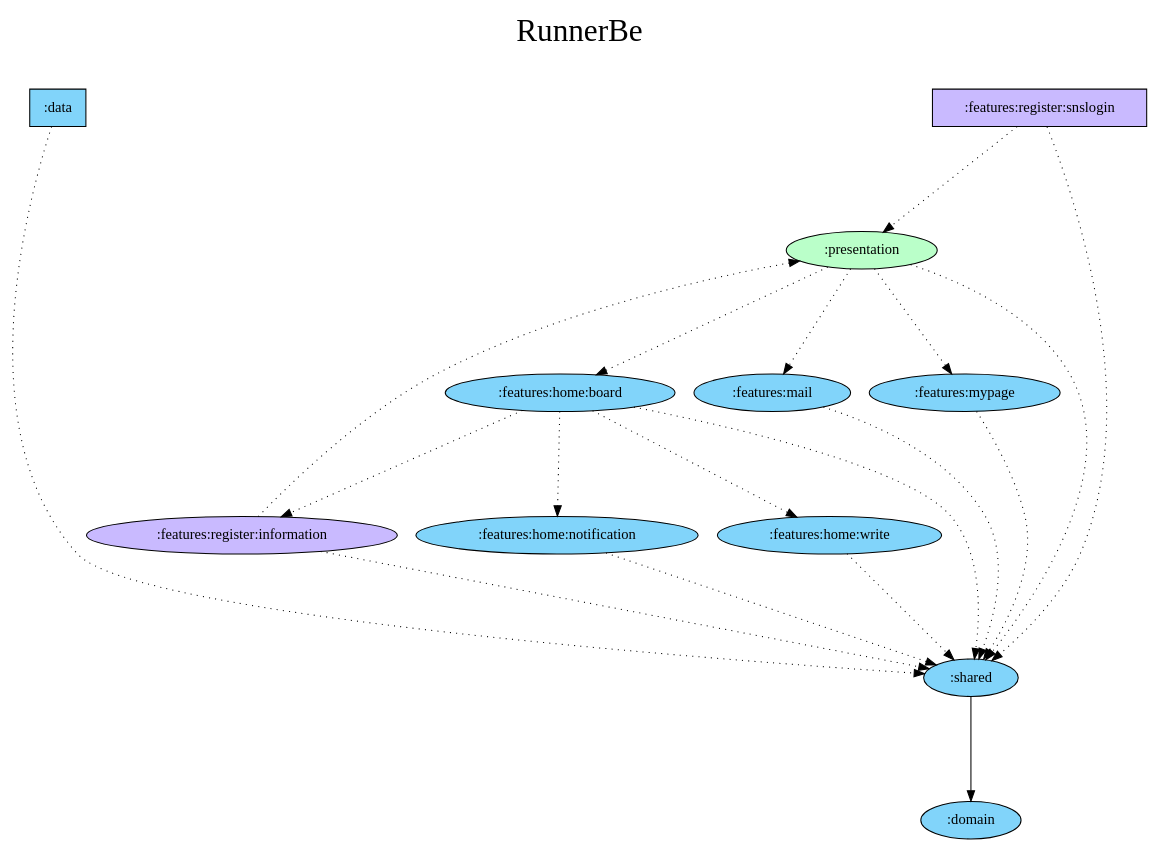
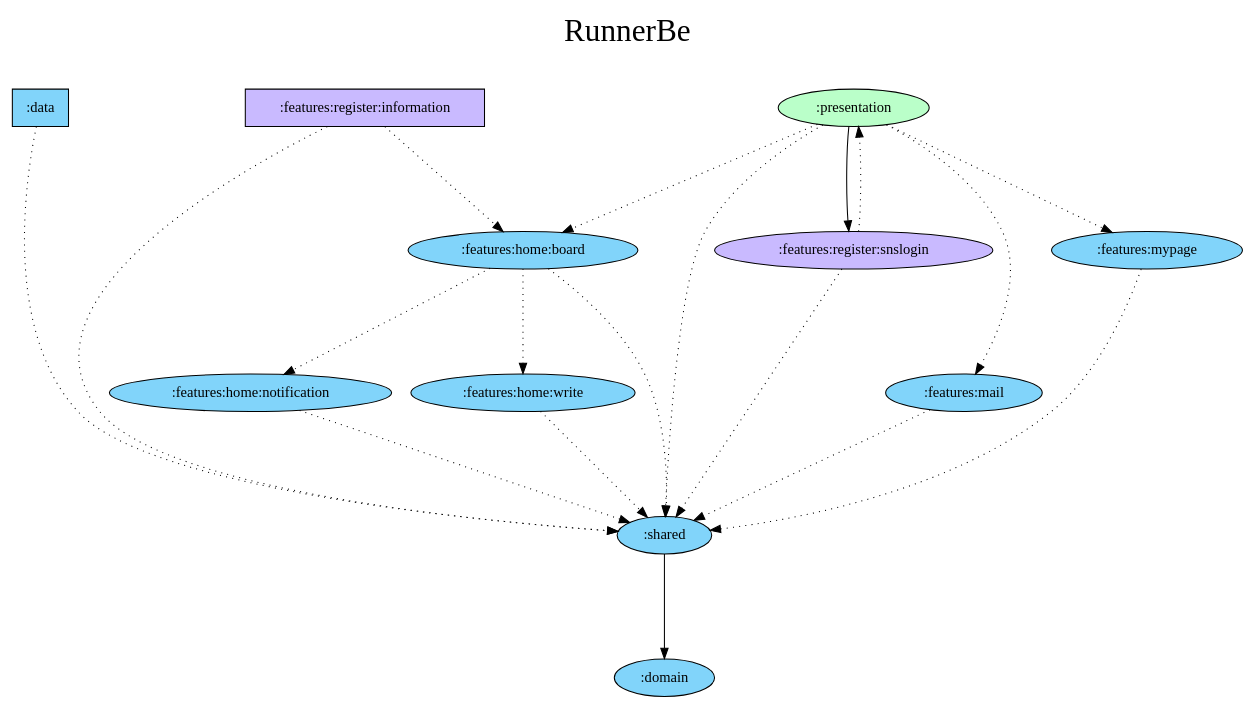
The diagram in art/project-graph.dot (jisungbin/RunnerBe-Android), drawn with Graphviz before and after one commit. The commit also changed 8 other files, not shown here.

```diff
--- a/art/project-graph.dot
+++ b/art/project-graph.dot
@@ -1,42 +1,42 @@
 digraph {
   graph [label="RunnerBe\n ",labelloc=t,fontsize=30,ranksep=1.4];
   node [style=filled, fillcolor="#bbbbbb"];
   rankdir=TB;
 
   # Projects
 
   ":data" [shape=box, fillcolor="#81D4FA"];
   ":domain" [fillcolor="#81D4FA"];
   ":features:home:board" [fillcolor="#81D4FA"];
   ":features:home:notification" [fillcolor="#81D4FA"];
   ":features:home:write" [fillcolor="#81D4FA"];
   ":features:mail" [fillcolor="#81D4FA"];
   ":features:mypage" [fillcolor="#81D4FA"];
-  ":features:register:information" [fillcolor="#c9baff"];
-  ":features:register:snslogin" [shape=box, fillcolor="#c9baff"];
+  ":features:register:information" [shape=box, fillcolor="#c9baff"];
+  ":features:register:snslogin" [fillcolor="#c9baff"];
   ":presentation" [fillcolor="#baffc9"];
   ":shared" [fillcolor="#81D4FA"];
 
-  {rank = same; ":data"; ":features:register:snslogin";}
+  {rank = same; ":data"; ":features:register:information";}
 
   # Dependencies
 
   ":data" -> ":shared" [style=dotted]
+  ":presentation" -> ":features:register:snslogin"
   ":presentation" -> ":features:mail" [style=dotted]
   ":presentation" -> ":features:mypage" [style=dotted]
   ":presentation" -> ":features:home:board" [style=dotted]
   ":presentation" -> ":shared" [style=dotted]
   ":shared" -> ":domain"
   ":features:mail" -> ":shared" [style=dotted]
   ":features:mypage" -> ":shared" [style=dotted]
   ":features:home:board" -> ":shared" [style=dotted]
   ":features:home:board" -> ":features:home:write" [style=dotted]
   ":features:home:board" -> ":features:home:notification" [style=dotted]
-  ":features:home:board" -> ":features:register:information" [style=dotted]
   ":features:home:notification" -> ":shared" [style=dotted]
   ":features:home:write" -> ":shared" [style=dotted]
-  ":features:register:information" -> ":presentation" [style=dotted]
+  ":features:register:information" -> ":features:home:board" [style=dotted]
   ":features:register:information" -> ":shared" [style=dotted]
   ":features:register:snslogin" -> ":presentation" [style=dotted]
   ":features:register:snslogin" -> ":shared" [style=dotted]
 }
```
